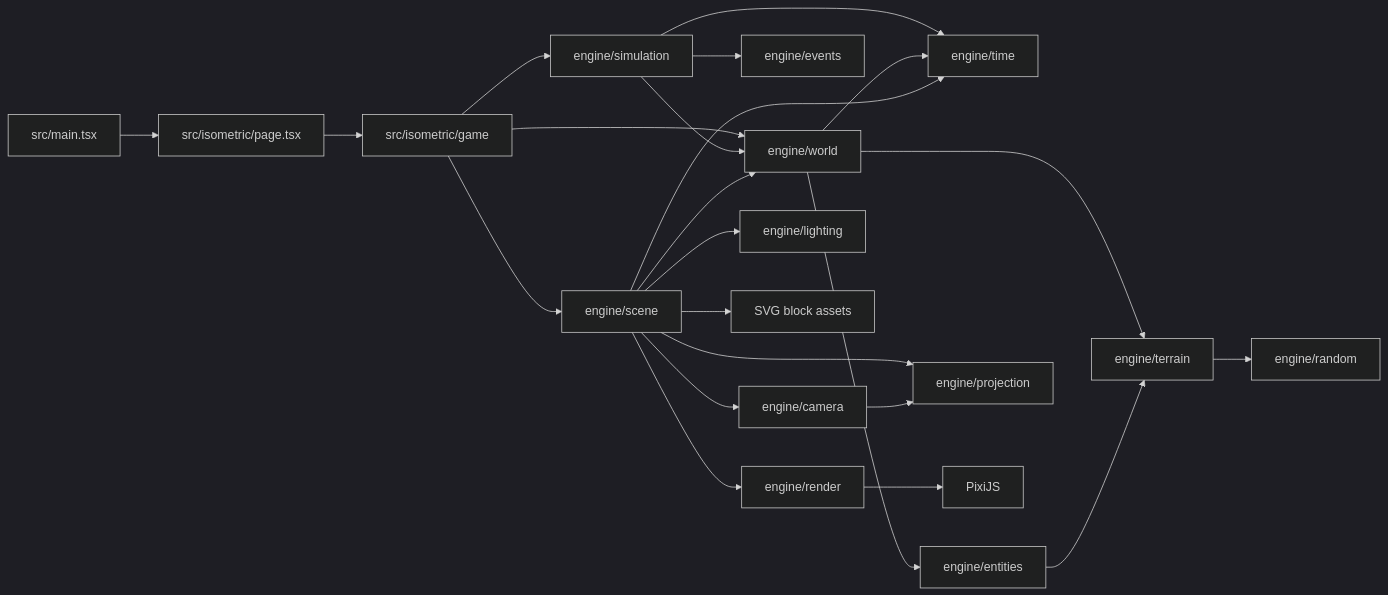
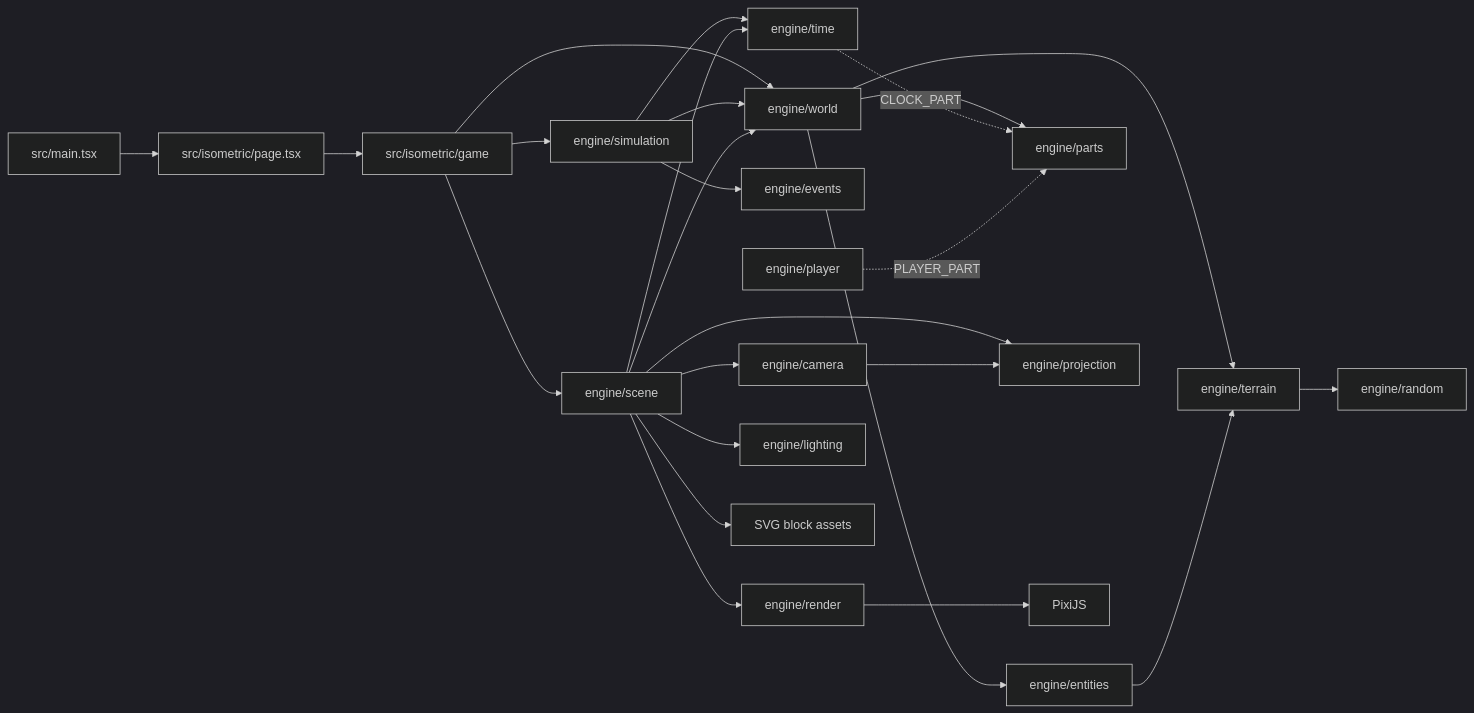
Before and after one commit to alexsantos-eth/armada-engine: the diagram in ARCHITECTURE.md, drawn with Mermaid (dark theme). The commit also changed other lines of this file and 35 other files, not shown here.

First line of the commit message:
refactor(world)!: register system state as world parts

````diff
--- a/ARCHITECTURE.md
+++ b/ARCHITECTURE.md
@@ -9,25 +9,27 @@
 ```mermaid
 flowchart LR
   Main[src/main.tsx] --> Page[src/isometric/page.tsx]
   Page --> Game[src/isometric/game]
   Game --> World[engine/world]
   Game --> Scene[engine/scene]
   Game --> Simulation[engine/simulation]
   Simulation --> World
   Simulation --> Time
   Simulation --> Events[engine/events]
   World --> Entities[engine/entities]
   World --> Terrain[engine/terrain]
-  World --> Time[engine/time]
+  World --> Parts[engine/parts]
+  Time[engine/time] -. CLOCK_PART .-> Parts
+  Player[engine/player] -. PLAYER_PART .-> Parts
   Entities --> Terrain
   Terrain --> Random[engine/random]
   Scene --> World
   Scene --> Projection[engine/projection]
   Scene --> Camera[engine/camera]
   Camera --> Projection
   Scene --> Render[engine/render]
   Scene --> Time
   Scene --> Lighting[engine/lighting]
   Render --> Pixi[PixiJS]
   Scene --> Assets[SVG block assets]
 ```
````
